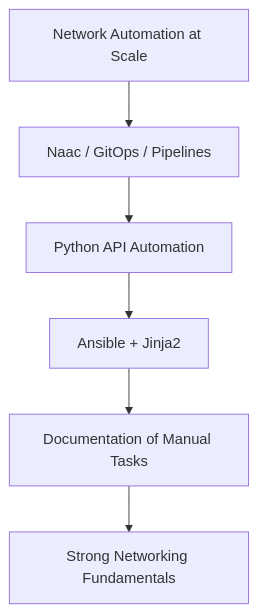
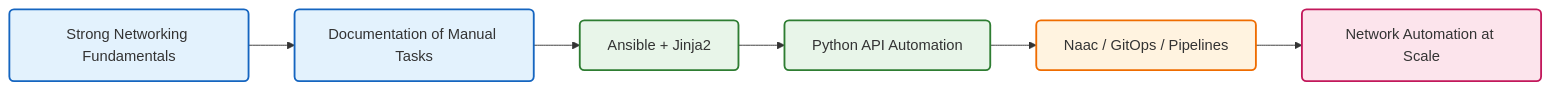
One commit to tej554/network-automation-visuals changed the diagram in diagrams/02-automation-pyramid.md. Above: the diagram before and after it, drawn with Mermaid. The commit also changed 16 other files, not shown here.

````diff
--- a/diagrams/02-automation-pyramid.md
+++ b/diagrams/02-automation-pyramid.md
@@ -7,9 +7,19 @@
 ```mermaid
-graph TD
-   A[Network Automation at Scale] 
-   A --> B[Naac / GitOps / Pipelines]
-   B --> C[Python API Automation]
-   C --> D[Ansible + Jinja2]
-   D --> E[Documentation of Manual Tasks]
-   E --> F[Strong Networking Fundamentals]
+flowchart LR
+   F[Strong Networking Fundamentals] --> E[Documentation of Manual Tasks]
+   E --> D[Ansible + Jinja2]
+   D --> C[Python API Automation]
+   C --> B[Naac / GitOps / Pipelines]
+   B --> A[Network Automation at Scale]
+
+   classDef default fill:#fff,stroke:#333,stroke-width:1px,rx:5,ry:5;
+   classDef level1 fill:#e3f2fd,stroke:#1565c0,stroke-width:2px;
+   classDef level2 fill:#e8f5e9,stroke:#2e7d32,stroke-width:2px;
+   classDef level3 fill:#fff3e0,stroke:#ef6c00,stroke-width:2px;
+   classDef top fill:#fce4ec,stroke:#c2185b,stroke-width:2px;
+
+   class F,E level1;
+   class D,C level2;
+   class B level3;
+   class A top;
 ```
````
